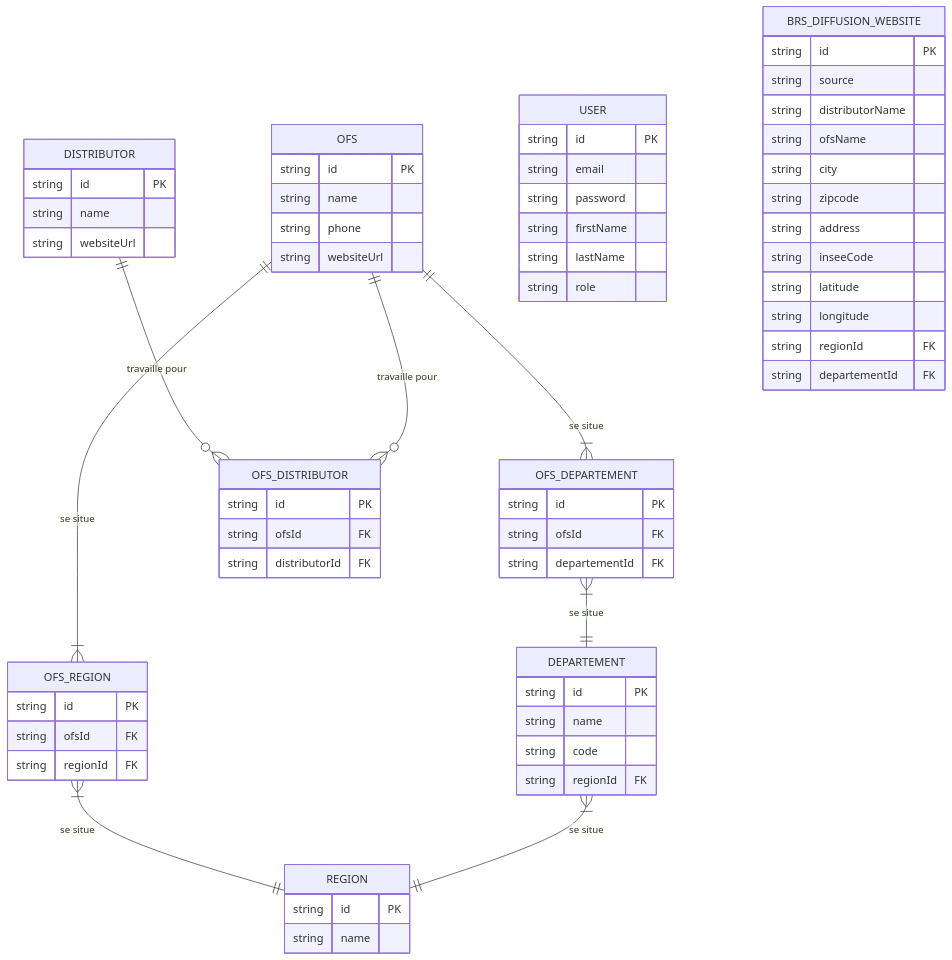
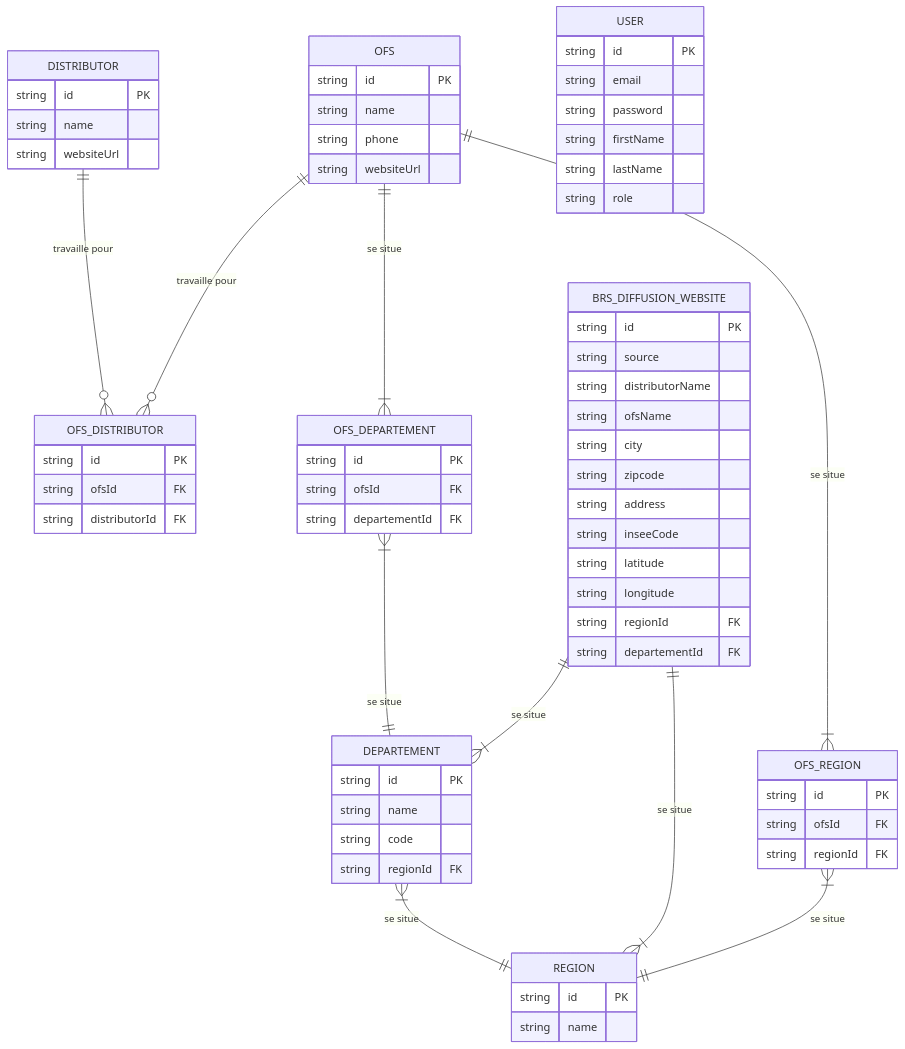
Before and after one commit to MTES-MCT/boris: the diagram in apps/backend/doc/entities-relationships-diagram.mermaid, drawn with Mermaid. The commit also changed 1 other file, not shown here.

```diff
--- a/apps/backend/doc/entities-relationships-diagram.mermaid
+++ b/apps/backend/doc/entities-relationships-diagram.mermaid
@@ -1,83 +1,85 @@
 erDiagram
     %% -------------------
     %% |  RELATIONSHIPS  |
     %% -------------------
 
     OFS ||--|{ OFS_REGION : "se situe"
     OFS_REGION }|--|| REGION : "se situe"
     OFS ||--|{ OFS_DEPARTEMENT : "se situe"
     OFS_DEPARTEMENT }|--|| DEPARTEMENT : "se situe"
     DEPARTEMENT }|--|| REGION : "se situe"
     DISTRIBUTOR ||--o{ OFS_DISTRIBUTOR : "travaille pour"
     OFS ||--o{ OFS_DISTRIBUTOR : "travaille pour"
+    BRS_DIFFUSION_WEBSITE ||--|{ REGION : "se situe"
+    BRS_DIFFUSION_WEBSITE ||--|{ DEPARTEMENT : "se situe"
 
     %% -------------------
     %% |    ENTITIES     |
     %% -------------------
 
     OFS {
         string id PK
         string name
         string phone
         string websiteUrl
     }
 
     REGION {
       string id PK
       string name
     }
 
     OFS_REGION {
       string id PK
       string ofsId FK
       string regionId FK
     }
 
     DEPARTEMENT {
       string id PK
       string name
       string code
       string regionId FK
     }
 
     OFS_DEPARTEMENT {
       string id PK
       string ofsId FK
       string departementId FK
     }
 
     DISTRIBUTOR {
       string id PK
       string name
       string websiteUrl
     }
 
     OFS_DISTRIBUTOR {
       string id PK
       string ofsId FK
       string distributorId FK
     }
 
     USER {
       string id PK
       string email
       string password
       string firstName
       string lastName
       string role
     }
 
     BRS_DIFFUSION_WEBSITE {
       string id PK
       string source
       string distributorName
       string ofsName
       string city
       string zipcode
       string address
       string inseeCode
       string latitude
       string longitude
       string regionId FK
       string departementId FK
     }
```
